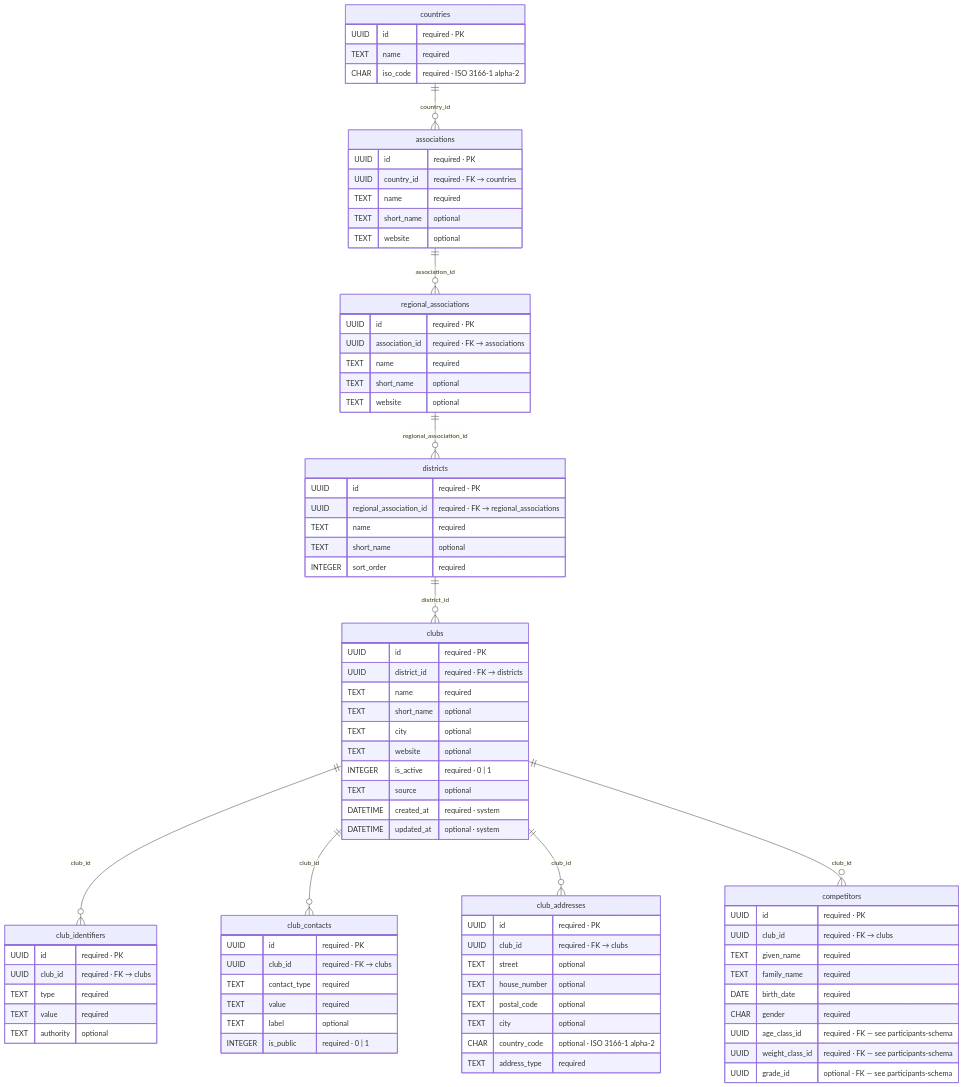
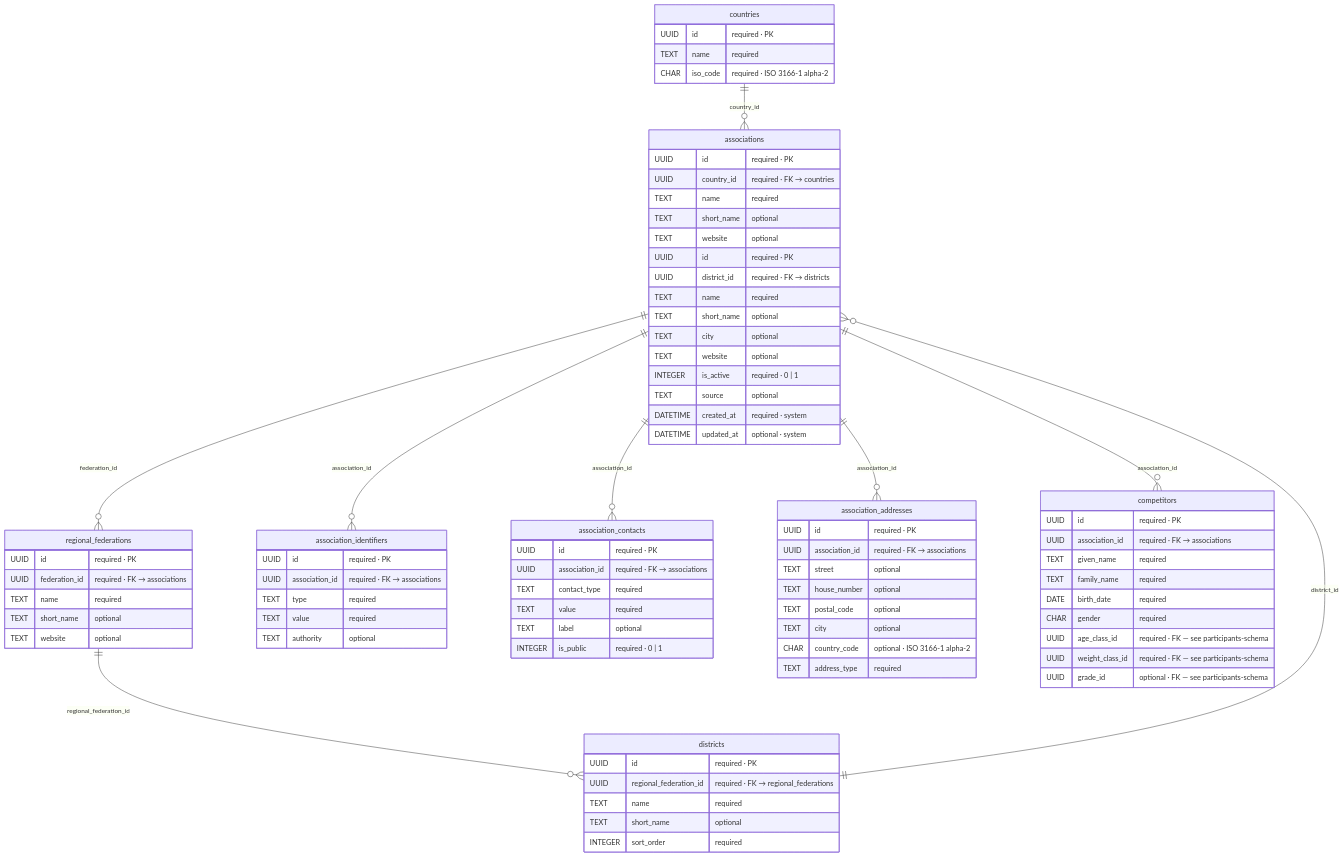
Before and after one commit to AK2083/DojoSphere: the first of 3 diagrams in docs/database/associations-schema.md, drawn with Mermaid. The commit also changed other lines of this file and 166 other files, not shown here.

First line of the commit message:
refactor: update terminology from clubs to associations across documentation and codebase

````diff
--- a/docs/database/associations-schema.md
+++ b/docs/database/associations-schema.md
@@ -11,13 +11,13 @@
 ```mermaid
 erDiagram
   countries ||--o{ associations : "country_id"
-  associations ||--o{ regional_associations : "association_id"
-  regional_associations ||--o{ districts : "regional_association_id"
-  districts ||--o{ clubs : "district_id"
-  clubs ||--o{ club_identifiers : "club_id"
-  clubs ||--o{ club_contacts : "club_id"
-  clubs ||--o{ club_addresses : "club_id"
-  clubs ||--o{ competitors : "club_id"
+  associations ||--o{ regional_federations : "federation_id"
+  regional_federations ||--o{ districts : "regional_federation_id"
+  districts ||--o{ associations : "district_id"
+  associations ||--o{ association_identifiers : "association_id"
+  associations ||--o{ association_contacts : "association_id"
+  associations ||--o{ association_addresses : "association_id"
+  associations ||--o{ competitors : "association_id"
 
   countries {
     UUID id "required · PK"
@@ -33,9 +33,9 @@
     TEXT website "optional"
   }
 
-  regional_associations {
+  regional_federations {
     UUID id "required · PK"
-    UUID association_id "required · FK → associations"
+    UUID federation_id "required · FK → associations"
     TEXT name "required"
     TEXT short_name "optional"
     TEXT website "optional"
@@ -43,13 +43,13 @@
 
   districts {
     UUID id "required · PK"
-    UUID regional_association_id "required · FK → regional_associations"
+    UUID regional_federation_id "required · FK → regional_federations"
     TEXT name "required"
     TEXT short_name "optional"
     INTEGER sort_order "required"
   }
 
-  clubs {
+  associations {
     UUID id "required · PK"
     UUID district_id "required · FK → districts"
     TEXT name "required"
@@ -62,17 +62,17 @@
     DATETIME updated_at "optional · system"
   }
 
-  club_identifiers {
+  association_identifiers {
     UUID id "required · PK"
-    UUID club_id "required · FK → clubs"
+    UUID association_id "required · FK → associations"
     TEXT type "required"
     TEXT value "required"
     TEXT authority "optional"
   }
 
-  club_addresses {
+  association_addresses {
     UUID id "required · PK"
-    UUID club_id "required · FK → clubs"
+    UUID association_id "required · FK → associations"
     TEXT street "optional"
     TEXT house_number "optional"
     TEXT postal_code "optional"
@@ -81,9 +81,9 @@
     TEXT address_type "required"
   }
 
-  club_contacts {
+  association_contacts {
     UUID id "required · PK"
-    UUID club_id "required · FK → clubs"
+    UUID association_id "required · FK → associations"
     TEXT contact_type "required"
     TEXT value "required"
     TEXT label "optional"
@@ -92,7 +92,7 @@
 
   competitors {
     UUID id "required · PK"
-    UUID club_id "required · FK → clubs"
+    UUID association_id "required · FK → associations"
     TEXT given_name "required"
     TEXT family_name "required"
     DATE birth_date "required"
````
